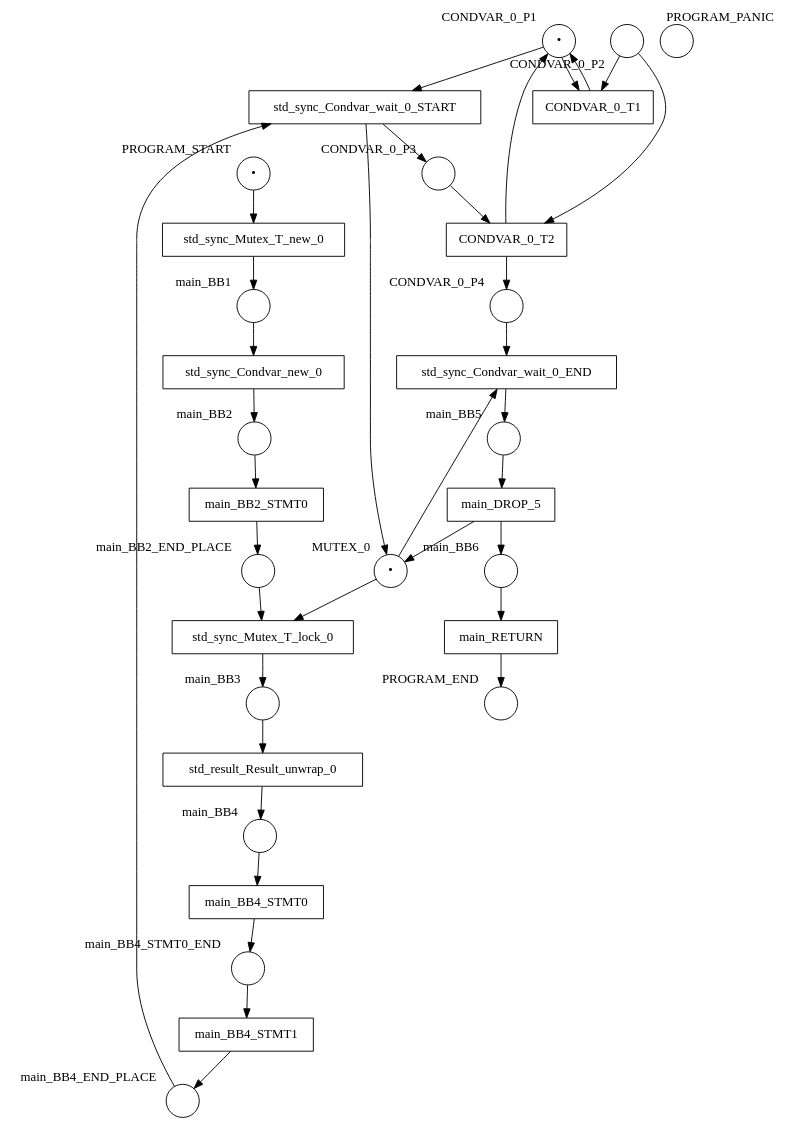
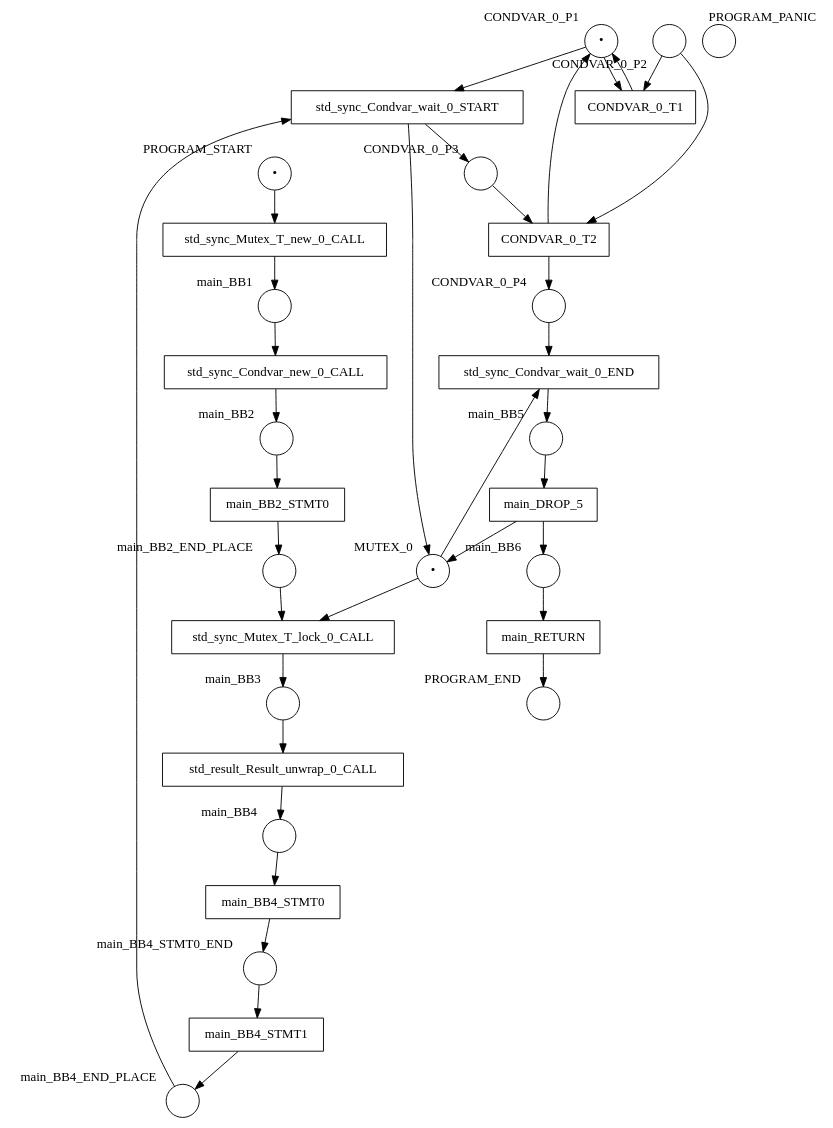
One commit to hlisdero/cargo-check-deadlock changed the diagram in examples/results/condvar/infinite_wait_deadlock/net.dot. Above: the diagram before and after it, drawn with Graphviz. The commit also changed 30 other files, not shown here.

```diff
--- a/examples/results/condvar/infinite_wait_deadlock/net.dot
+++ b/examples/results/condvar/infinite_wait_deadlock/net.dot
@@ -1,66 +1,66 @@
 digraph petrinet {
     CONDVAR_0_P1 [shape="circle" xlabel="CONDVAR_0_P1" label="•"];
     CONDVAR_0_P2 [shape="circle" xlabel="CONDVAR_0_P2" label=""];
     CONDVAR_0_P3 [shape="circle" xlabel="CONDVAR_0_P3" label=""];
     CONDVAR_0_P4 [shape="circle" xlabel="CONDVAR_0_P4" label=""];
     MUTEX_0 [shape="circle" xlabel="MUTEX_0" label="•"];
     PROGRAM_END [shape="circle" xlabel="PROGRAM_END" label=""];
     PROGRAM_PANIC [shape="circle" xlabel="PROGRAM_PANIC" label=""];
     PROGRAM_START [shape="circle" xlabel="PROGRAM_START" label="•"];
     main_BB1 [shape="circle" xlabel="main_BB1" label=""];
     main_BB2 [shape="circle" xlabel="main_BB2" label=""];
     main_BB2_END_PLACE [shape="circle" xlabel="main_BB2_END_PLACE" label=""];
     main_BB3 [shape="circle" xlabel="main_BB3" label=""];
     main_BB4 [shape="circle" xlabel="main_BB4" label=""];
     main_BB4_END_PLACE [shape="circle" xlabel="main_BB4_END_PLACE" label=""];
     main_BB4_STMT0_END [shape="circle" xlabel="main_BB4_STMT0_END" label=""];
     main_BB5 [shape="circle" xlabel="main_BB5" label=""];
     main_BB6 [shape="circle" xlabel="main_BB6" label=""];
     CONDVAR_0_T1 [shape="box" xlabel="" label="CONDVAR_0_T1"];
     CONDVAR_0_T2 [shape="box" xlabel="" label="CONDVAR_0_T2"];
     main_BB2_STMT0 [shape="box" xlabel="" label="main_BB2_STMT0"];
     main_BB4_STMT0 [shape="box" xlabel="" label="main_BB4_STMT0"];
     main_BB4_STMT1 [shape="box" xlabel="" label="main_BB4_STMT1"];
     main_DROP_5 [shape="box" xlabel="" label="main_DROP_5"];
     main_RETURN [shape="box" xlabel="" label="main_RETURN"];
-    std_result_Result_unwrap_0 [shape="box" xlabel="" label="std_result_Result_unwrap_0"];
-    std_sync_Condvar_new_0 [shape="box" xlabel="" label="std_sync_Condvar_new_0"];
+    std_result_Result_unwrap_0_CALL [shape="box" xlabel="" label="std_result_Result_unwrap_0_CALL"];
+    std_sync_Condvar_new_0_CALL [shape="box" xlabel="" label="std_sync_Condvar_new_0_CALL"];
     std_sync_Condvar_wait_0_END [shape="box" xlabel="" label="std_sync_Condvar_wait_0_END"];
     std_sync_Condvar_wait_0_START [shape="box" xlabel="" label="std_sync_Condvar_wait_0_START"];
-    std_sync_Mutex_T_lock_0 [shape="box" xlabel="" label="std_sync_Mutex_T_lock_0"];
-    std_sync_Mutex_T_new_0 [shape="box" xlabel="" label="std_sync_Mutex_T_new_0"];
+    std_sync_Mutex_T_lock_0_CALL [shape="box" xlabel="" label="std_sync_Mutex_T_lock_0_CALL"];
+    std_sync_Mutex_T_new_0_CALL [shape="box" xlabel="" label="std_sync_Mutex_T_new_0_CALL"];
     CONDVAR_0_P1 -> CONDVAR_0_T1;
     CONDVAR_0_P1 -> std_sync_Condvar_wait_0_START;
     CONDVAR_0_P2 -> CONDVAR_0_T1;
     CONDVAR_0_P2 -> CONDVAR_0_T2;
     CONDVAR_0_P3 -> CONDVAR_0_T2;
     CONDVAR_0_P4 -> std_sync_Condvar_wait_0_END;
     MUTEX_0 -> std_sync_Condvar_wait_0_END;
-    MUTEX_0 -> std_sync_Mutex_T_lock_0;
-    PROGRAM_START -> std_sync_Mutex_T_new_0;
-    main_BB1 -> std_sync_Condvar_new_0;
+    MUTEX_0 -> std_sync_Mutex_T_lock_0_CALL;
+    PROGRAM_START -> std_sync_Mutex_T_new_0_CALL;
+    main_BB1 -> std_sync_Condvar_new_0_CALL;
     main_BB2 -> main_BB2_STMT0;
-    main_BB2_END_PLACE -> std_sync_Mutex_T_lock_0;
-    main_BB3 -> std_result_Result_unwrap_0;
+    main_BB2_END_PLACE -> std_sync_Mutex_T_lock_0_CALL;
+    main_BB3 -> std_result_Result_unwrap_0_CALL;
     main_BB4 -> main_BB4_STMT0;
     main_BB4_END_PLACE -> std_sync_Condvar_wait_0_START;
     main_BB4_STMT0_END -> main_BB4_STMT1;
     main_BB5 -> main_DROP_5;
     main_BB6 -> main_RETURN;
     CONDVAR_0_T1 -> CONDVAR_0_P1;
     CONDVAR_0_T2 -> CONDVAR_0_P1;
     CONDVAR_0_T2 -> CONDVAR_0_P4;
     main_BB2_STMT0 -> main_BB2_END_PLACE;
     main_BB4_STMT0 -> main_BB4_STMT0_END;
     main_BB4_STMT1 -> main_BB4_END_PLACE;
     main_DROP_5 -> MUTEX_0;
     main_DROP_5 -> main_BB6;
     main_RETURN -> PROGRAM_END;
-    std_result_Result_unwrap_0 -> main_BB4;
-    std_sync_Condvar_new_0 -> main_BB2;
+    std_result_Result_unwrap_0_CALL -> main_BB4;
+    std_sync_Condvar_new_0_CALL -> main_BB2;
     std_sync_Condvar_wait_0_END -> main_BB5;
     std_sync_Condvar_wait_0_START -> CONDVAR_0_P3;
     std_sync_Condvar_wait_0_START -> MUTEX_0;
-    std_sync_Mutex_T_lock_0 -> main_BB3;
-    std_sync_Mutex_T_new_0 -> main_BB1;
+    std_sync_Mutex_T_lock_0_CALL -> main_BB3;
+    std_sync_Mutex_T_new_0_CALL -> main_BB1;
 }
```
